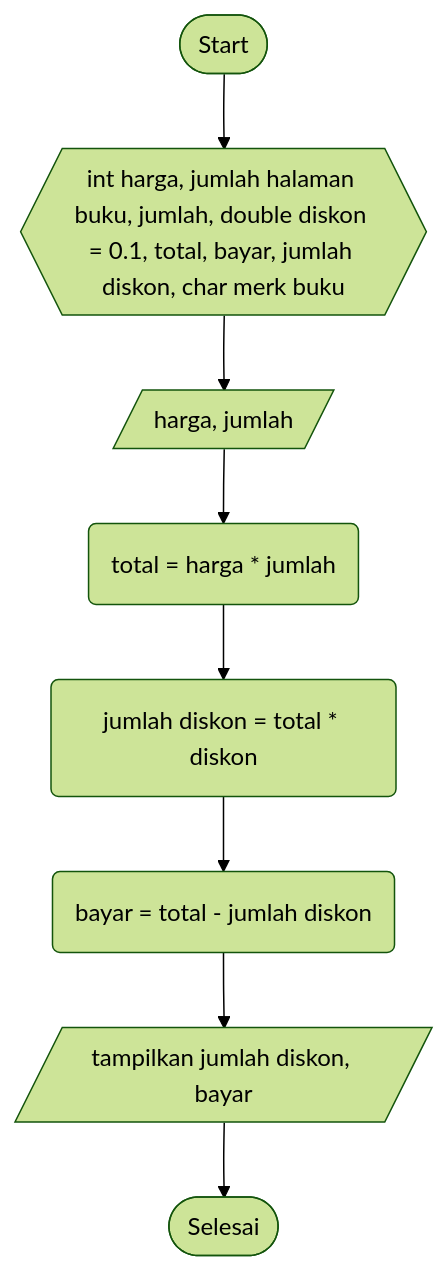
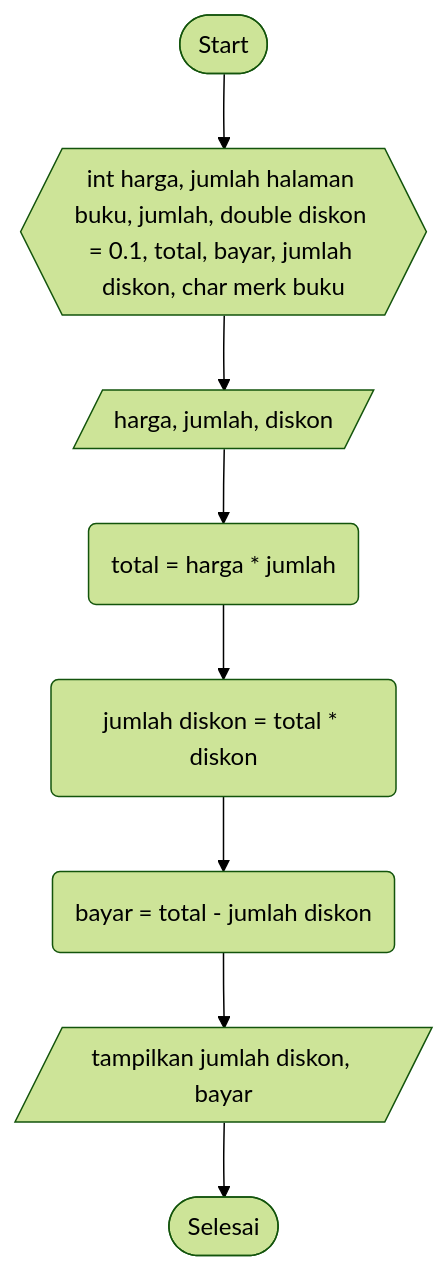
Before and after one commit to SATRIODIANNUGROHO/Sample2.1: the diagram in justforfun3.md, drawn with Mermaid (forest theme).

````diff
--- a/justforfun3.md
+++ b/justforfun3.md
@@ -3,10 +3,10 @@
 ```mermaid
 graph TD;
     A([Start])-->B{{int harga, jumlah halaman buku, jumlah, double diskon = 0.1, total, bayar, jumlah diskon, char merk buku}};
-    B{{int harga, jumlah halaman buku, jumlah, double diskon = 0.1, total, bayar, jumlah diskon, char merk buku}}-->C[/harga, jumlah/];
-    C[/harga, jumlah/]-->D(total = harga * jumlah);
+    B{{int harga, jumlah halaman buku, jumlah, double diskon = 0.1, total, bayar, jumlah diskon, char merk buku}}-->C[/harga, jumlah, diskon/];
+    C[/harga, jumlah, diskon/]-->D(total = harga * jumlah);
     D(total = harga * jumlah)-->E(jumlah diskon = total * diskon);
     E(jumlah diskon = total * diskon)-->F(bayar = total - jumlah diskon);
     F(bayar = total - jumlah diskon)-->G[/tampilkan jumlah diskon, bayar/];
     G[/tampilkan jumlah diskon, bayar/]-->H([Selesai]);
 ```
````
